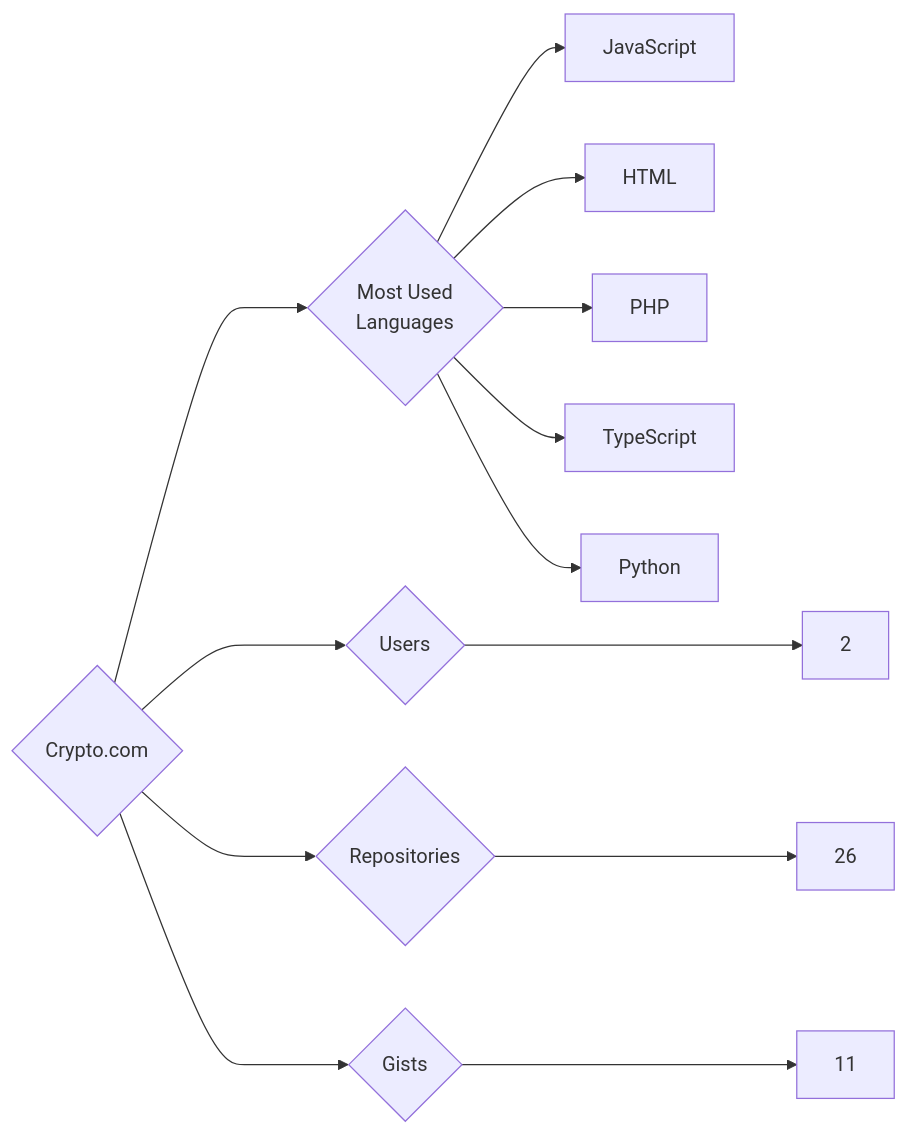
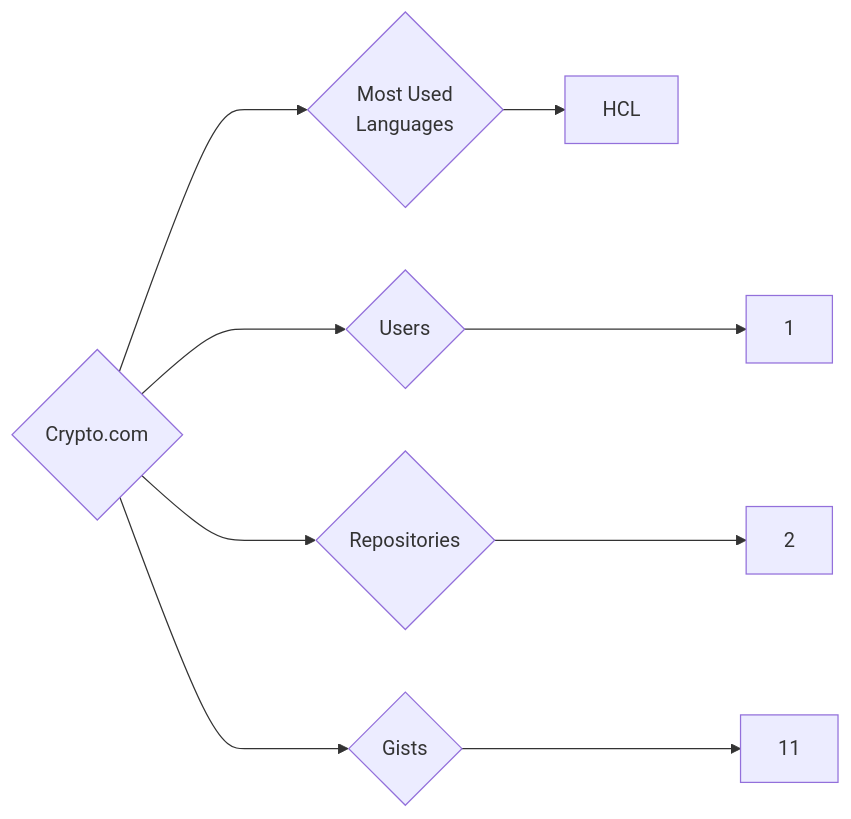
The diagram in targets/Crypto.com/README.md (trickest/insiders), drawn with Mermaid before and after one commit. The commit also changed 681 other files, not shown here.

````diff
--- a/targets/Crypto.com/README.md
+++ b/targets/Crypto.com/README.md
@@ -3,13 +3,9 @@
 ```mermaid
 graph LR
 COMPANY_NAME{Crypto.com}
-COMPANY_NAME ---> U{Users} ---> UN[2]
-COMPANY_NAME ---> R{Repositories} ---> RN[26]
+COMPANY_NAME ---> U{Users} ---> UN[1]
+COMPANY_NAME ---> R{Repositories} ---> RN[2]
 COMPANY_NAME ---> G{Gists} ---> GN[11]
 COMPANY_NAME ---> ML{Most Used<br>Languages}
-ML --> JavaScript[JavaScript]
-ML --> HTML[HTML]
-ML --> PHP[PHP]
-ML --> TypeScript[TypeScript]
-ML --> Python[Python]
+ML --> HCL[HCL]
 ```
````
